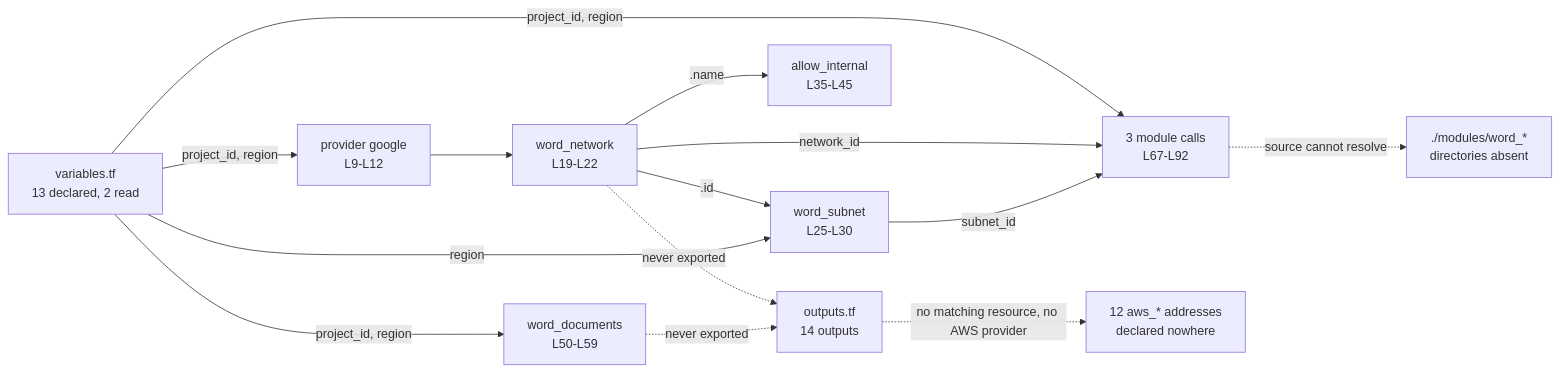
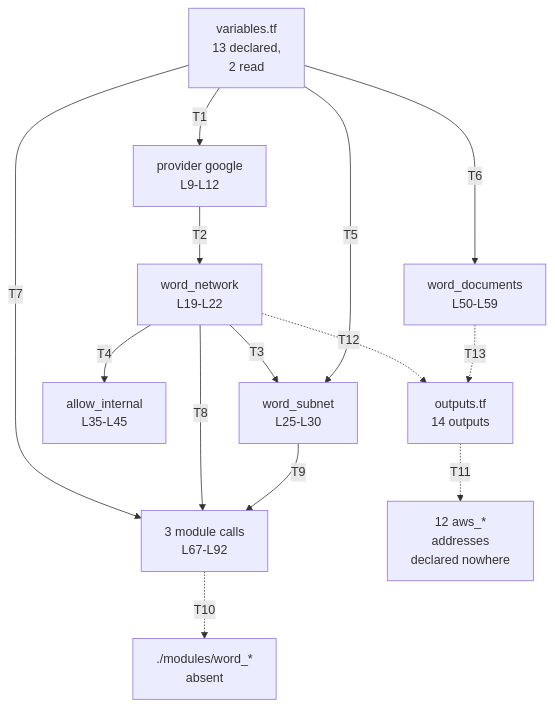
The diagram in infrastructure/terraform/README.md (blitzy-public-samples/microsoft-word-u33ko0), drawn with Mermaid before and after one commit. The commit also changed other lines of this file and 20 other files, not shown here.

First line of the commit message:
﻿docs: resolve QA findings on Mermaid legibility, label integrity and accessibility

````diff
--- a/infrastructure/terraform/README.md
+++ b/infrastructure/terraform/README.md
@@ -118,29 +118,31 @@
 ```mermaid
-graph LR
-    VARS["variables.tf<br/>13 declared, 2 read"]
+graph TD
+    accTitle: The four declared resources against the three absent modules and the AWS outputs
+    accDescr: Solid edges resolve. Dashed edges are relationships Terraform cannot resolve. Every edge carries a key resolved in the table below the diagram.
+    VARS["variables.tf<br/>13 declared,<br/>2 read"]
     PROV["provider google<br/>L9-L12"]
     NET["word_network<br/>L19-L22"]
     SUB["word_subnet<br/>L25-L30"]
     FW["allow_internal<br/>L35-L45"]
     BUCKET["word_documents<br/>L50-L59"]
     MODS["3 module calls<br/>L67-L92"]
-    SRC["./modules/word_*<br/>directories absent"]
+    SRC["./modules/word_*<br/>absent"]
     OUT["outputs.tf<br/>14 outputs"]
-    AWSR["12 aws_* addresses<br/>declared nowhere"]
+    AWSR["12 aws_*<br/>addresses<br/>declared nowhere"]
 
-    VARS -->|"project_id, region"| PROV
-    PROV --> NET
-    NET -->|".id"| SUB
-    NET -->|".name"| FW
-    VARS -->|"region"| SUB
-    VARS -->|"project_id, region"| BUCKET
-    VARS -->|"project_id, region"| MODS
-    NET -->|"network_id"| MODS
-    SUB -->|"subnet_id"| MODS
-    MODS -.->|"source cannot resolve"| SRC
-    OUT -.->|"no matching resource, no AWS provider"| AWSR
-    NET -.->|"never exported"| OUT
-    BUCKET -.->|"never exported"| OUT
+    VARS -->|"T1"| PROV
+    PROV -->|"T2"| NET
+    NET -->|"T3"| SUB
+    NET -->|"T4"| FW
+    VARS -->|"T5"| SUB
+    VARS -->|"T6"| BUCKET
+    VARS -->|"T7"| MODS
+    NET -->|"T8"| MODS
+    SUB -->|"T9"| MODS
+    MODS -.->|"T10"| SRC
+    OUT -.->|"T11"| AWSR
+    NET -.->|"T12"| OUT
+    BUCKET -.->|"T13"| OUT
 
 %% Solid edges resolve. Dashed edges are relationships Terraform cannot resolve.
 ```
````
